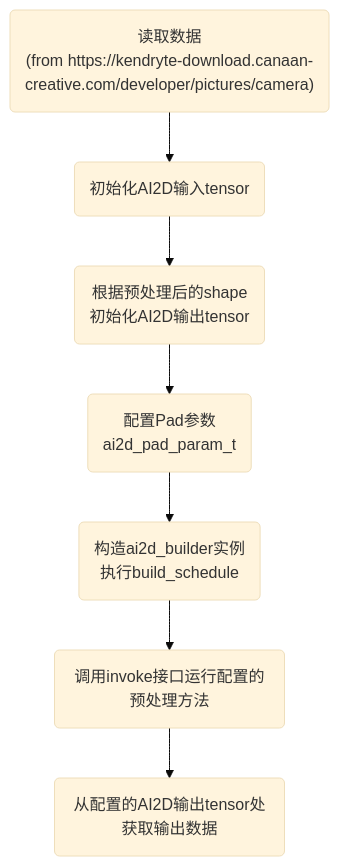
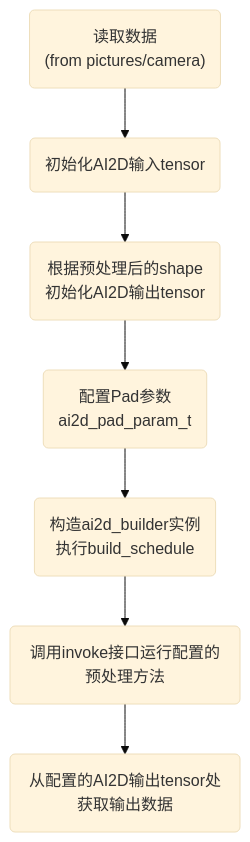
Before and after one commit to kendryte/k230_rtos_docs: the third of 5 diagrams in zh/app_develop_guide/ai/ai2d.md, drawn with Mermaid (base theme). The commit also changed other lines of this file, not shown here.

```diff
--- a/zh/app_develop_guide/ai/ai2d.md
+++ b/zh/app_develop_guide/ai/ai2d.md
@@ -212,4 +212,4 @@
 <div class="mermaid">
 graph TD;
-    ReadData("读取数据<br>(from https://kendryte-download.canaan-creative.com/developer/pictures/camera)") -->SetInput("初始化AI2D输入tensor")-->SetOutput("根据预处理后的shape<br>初始化AI2D输出tensor")-->SetParam("配置Pad参数<br>ai2d_pad_param_t")-->InitBuilder("构造ai2d_builder实例<br>执行build_schedule")-->Run("调用invoke接口运行配置的预处理方法")-->GetOutput("从配置的AI2D输出tensor处获取输出数据");
+    ReadData("读取数据<br>(from pictures/camera)") -->SetInput("初始化AI2D输入tensor")-->SetOutput("根据预处理后的shape<br>初始化AI2D输出tensor")-->SetParam("配置Pad参数<br>ai2d_pad_param_t")-->InitBuilder("构造ai2d_builder实例<br>执行build_schedule")-->Run("调用invoke接口运行配置的预处理方法")-->GetOutput("从配置的AI2D输出tensor处获取输出数据");
 </div>
```
